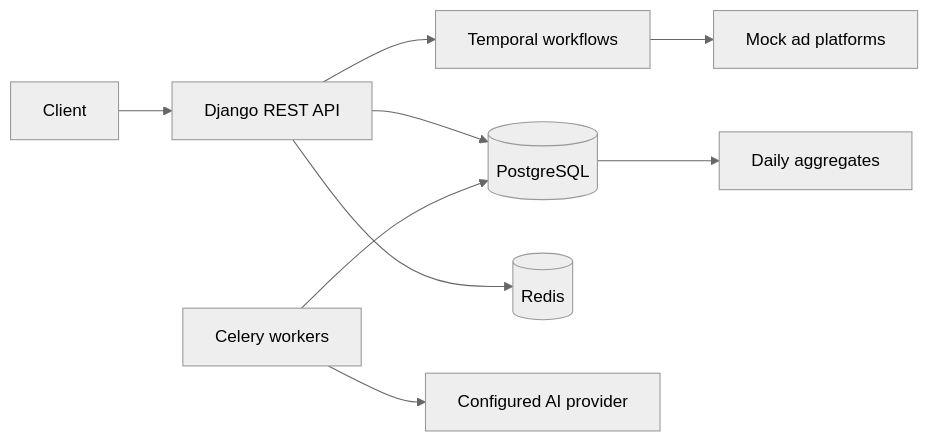
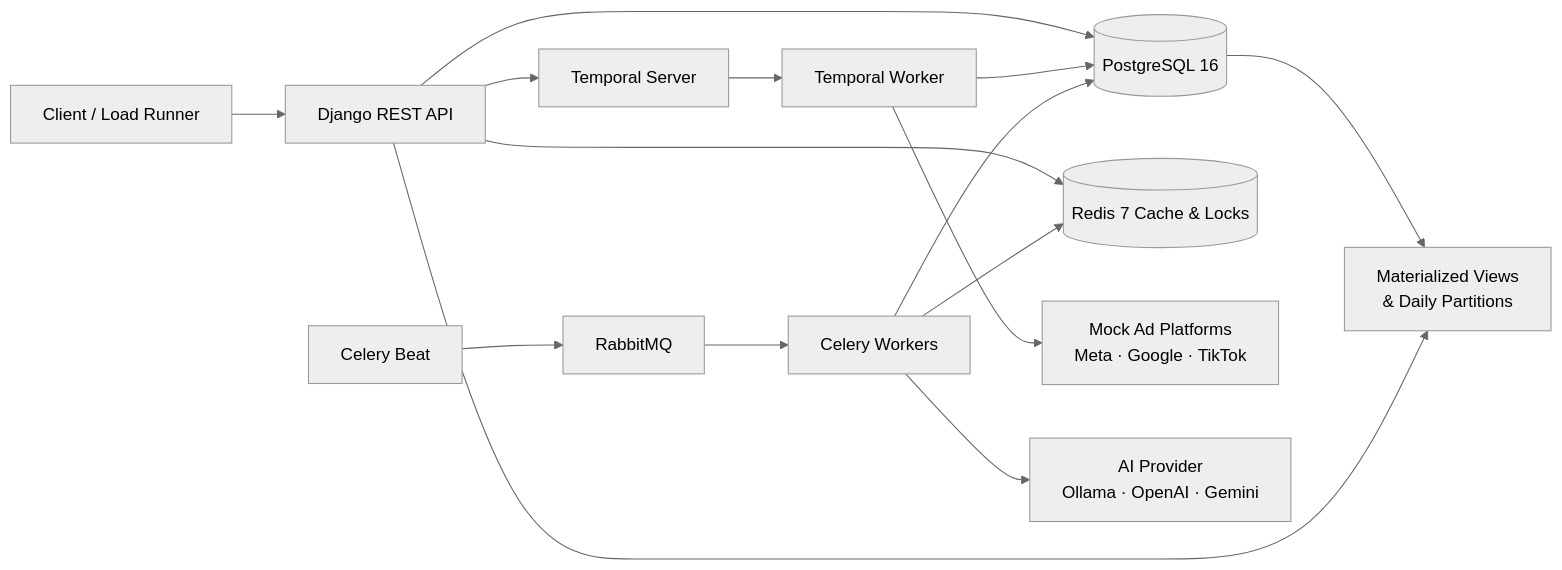
One commit to ShivanshHingve2804/adorchestrator changed the diagram in README.md. Above: the diagram before and after it, drawn with Mermaid (neutral theme). The commit also changed other lines of this file and 6 other files, not shown here.

````diff
--- a/README.md
+++ b/README.md
@@ -7,11 +29,17 @@
 ```mermaid
 flowchart LR
-  Client --> API[Django REST API]
-  API --> Temporal[Temporal workflows]
-  Temporal --> Platform[Mock ad platforms]
-  API --> PG[(PostgreSQL)]
-  API --> Redis[(Redis)]
-  Celery[Celery workers] --> PG
-  Celery --> AI[Configured AI provider]
-  PG --> Analytics[Daily aggregates]
+  Client[Client / Load Runner] --> API[Django REST API]
+  API --> PG[(PostgreSQL 16)]
+  API --> Redis[(Redis 7 Cache & Locks)]
+  API --> Temporal[Temporal Server]
+  Temporal --> TWorker[Temporal Worker]
+  TWorker --> Mock[Mock Ad Platforms\nMeta · Google · TikTok]
+  TWorker --> PG
+  Beat[Celery Beat] --> RMQ[RabbitMQ]
+  RMQ --> CWorker[Celery Workers]
+  CWorker --> PG
+  CWorker --> Redis
+  CWorker --> AI[AI Provider\nOllama · OpenAI · Gemini]
+  PG --> MV[Materialized Views\n& Daily Partitions]
+  API --> MV
 ```
````
